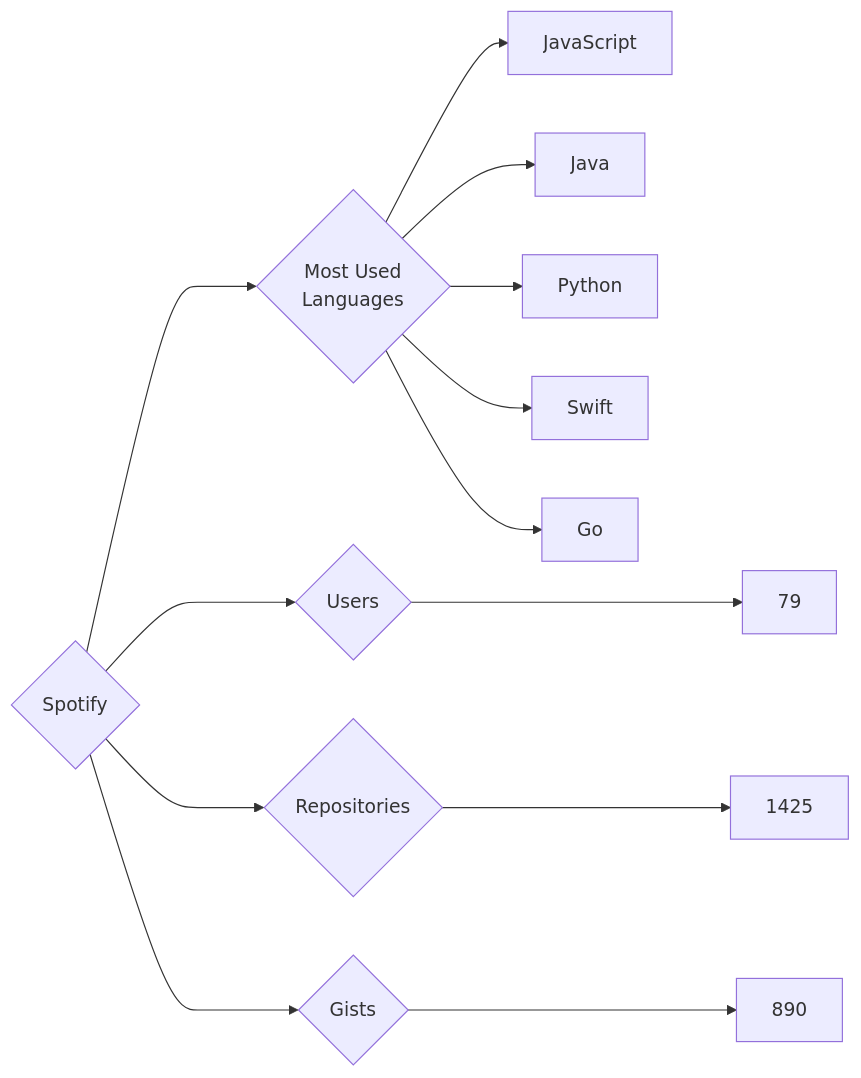
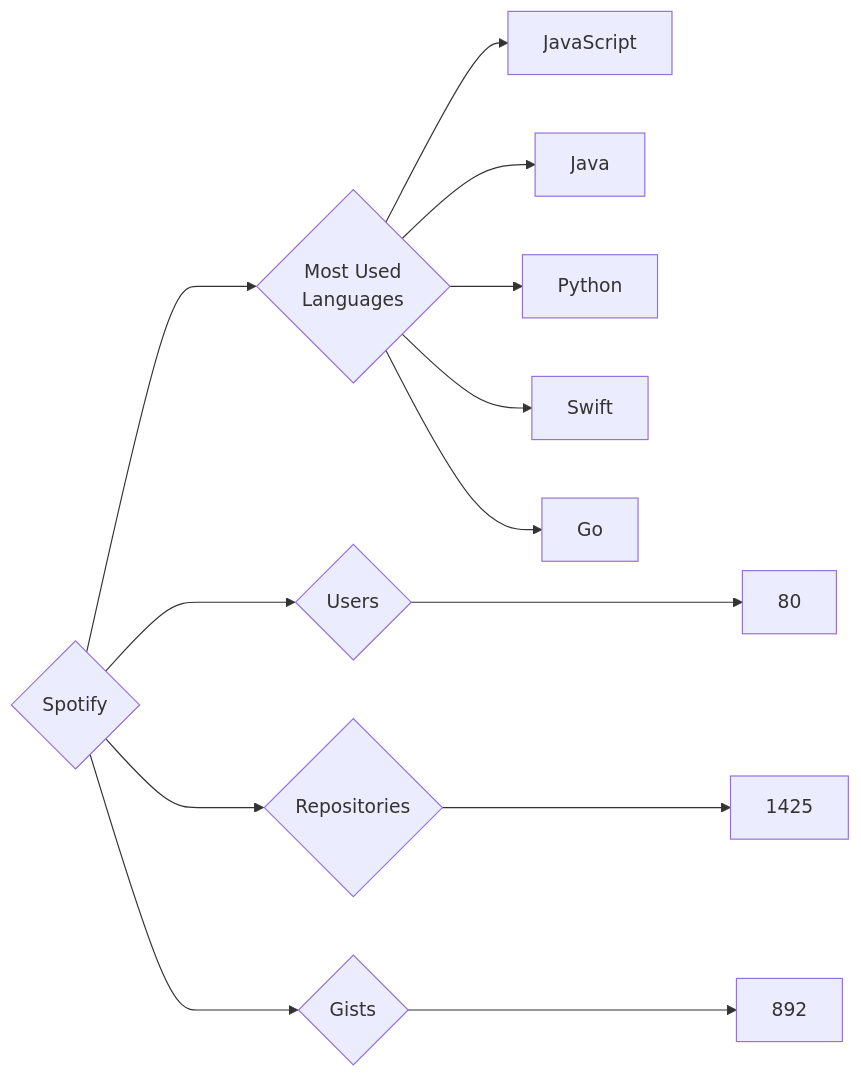
Before and after one commit to trickest/insiders: the diagram in targets/Spotify/README.md, drawn with Mermaid. The commit also changed 839 other files, not shown here.

````diff
--- a/targets/Spotify/README.md
+++ b/targets/Spotify/README.md
@@ -3,13 +3,13 @@
 ```mermaid
 graph LR
 COMPANY_NAME{Spotify}
-COMPANY_NAME ---> U{Users} ---> UN[79]
+COMPANY_NAME ---> U{Users} ---> UN[80]
 COMPANY_NAME ---> R{Repositories} ---> RN[1425]
-COMPANY_NAME ---> G{Gists} ---> GN[890]
+COMPANY_NAME ---> G{Gists} ---> GN[892]
 COMPANY_NAME ---> ML{Most Used<br>Languages}
 ML --> JavaScript[JavaScript]
 ML --> Java[Java]
 ML --> Python[Python]
 ML --> Swift[Swift]
 ML --> Go[Go]
 ```
````
